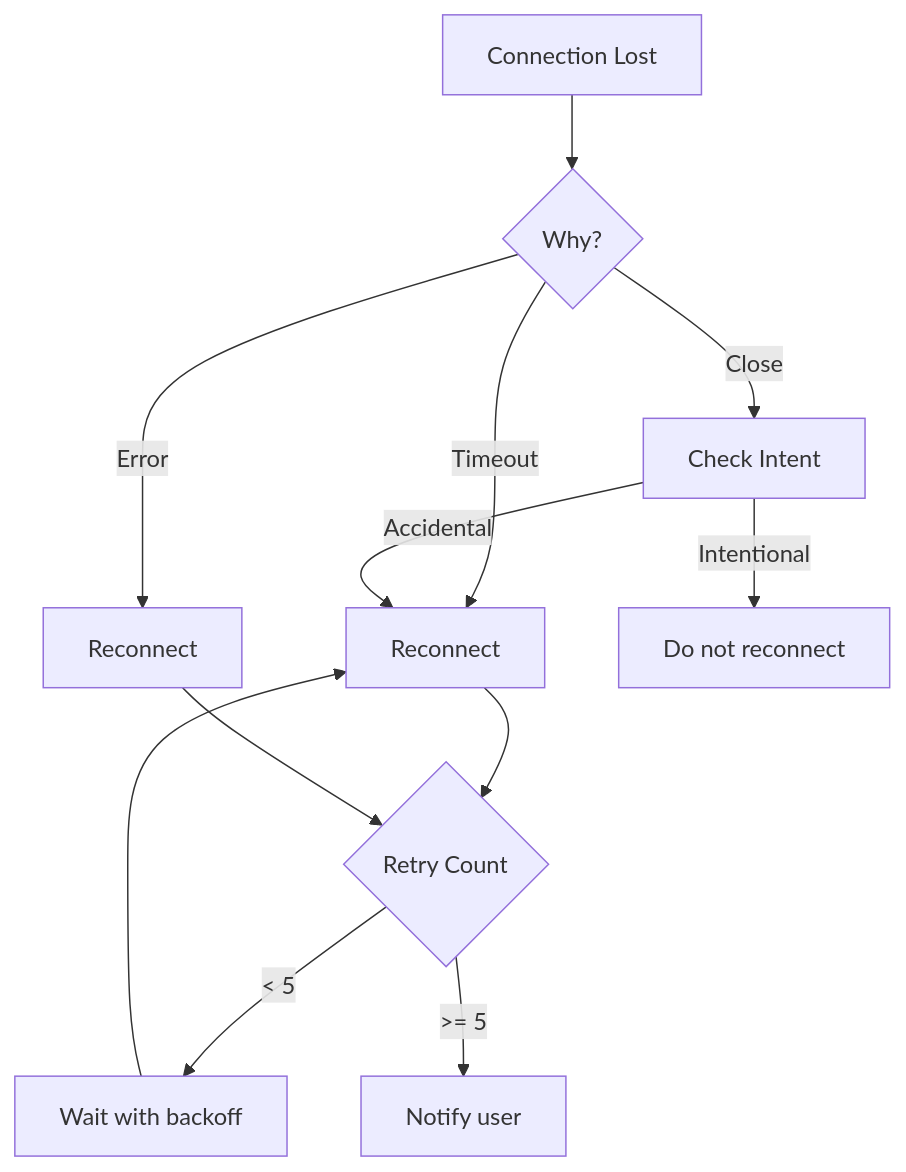
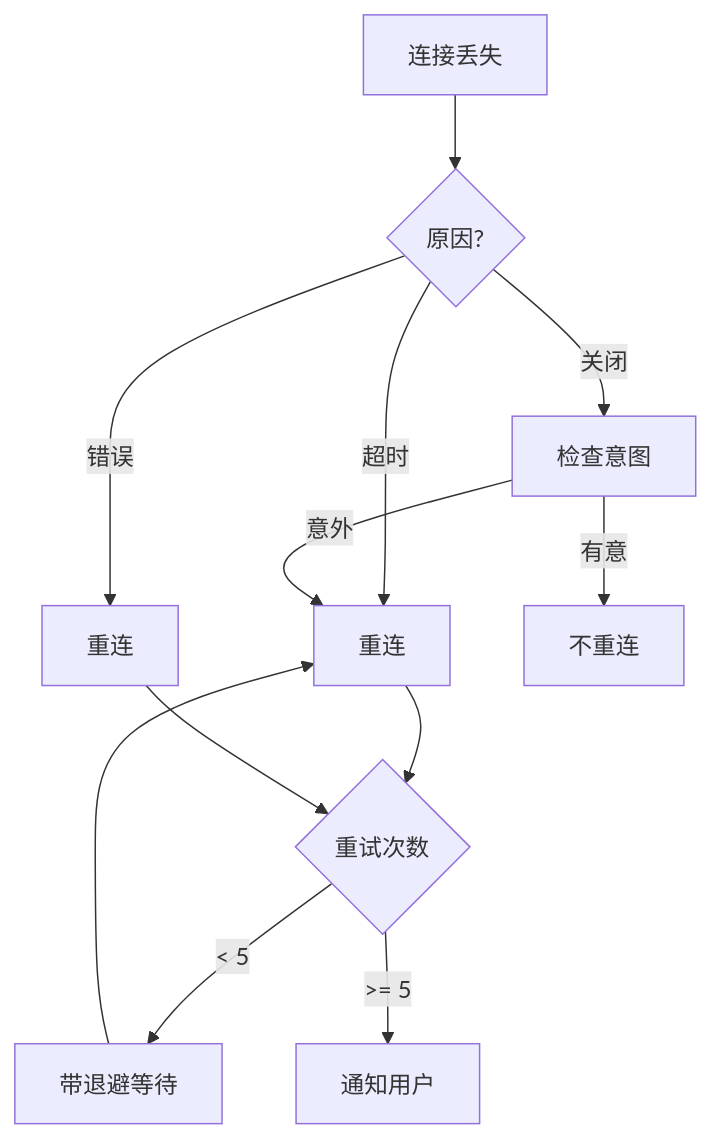
One commit to a576378368/openclaw_docs changed the fifth of 5 diagrams in docs/zh/architecture-book/part-4-gateway-protocol/02-ws-transport.md. Above: the diagram before and after it, drawn with Mermaid. The commit also changed other lines of this file and 4 other files, not shown here.

````diff
--- a/docs/zh/architecture-book/part-4-gateway-protocol/02-ws-transport.md
+++ b/docs/zh/architecture-book/part-4-gateway-protocol/02-ws-transport.md
@@ -301,16 +301,16 @@
 ```mermaid
 flowchart TB
-    A[Connection Lost] --> B{Why?}
-    B -->|Timeout| C[Reconnect]
-    B -->|Error| D[Reconnect]
-    B -->|Close| E[Check Intent]
+    A[连接丢失] --> B{原因?}
+    B -->|超时| C[重连]
+    B -->|错误| D[重连]
+    B -->|关闭| E[检查意图]
 
-    C --> F{Retry Count}
+    C --> F{重试次数}
     D --> F
-    F -->|< 5| G[Wait with backoff]
+    F -->|< 5| G[带退避等待]
     G --> C
-    F -->|>= 5| H[Notify user]
+    F -->|>= 5| H[通知用户]
 
-    E -->|Intentional| I[Do not reconnect]
-    E -->|Accidental| C
+    E -->|有意| I[不重连]
+    E -->|意外| C
 ```
````
